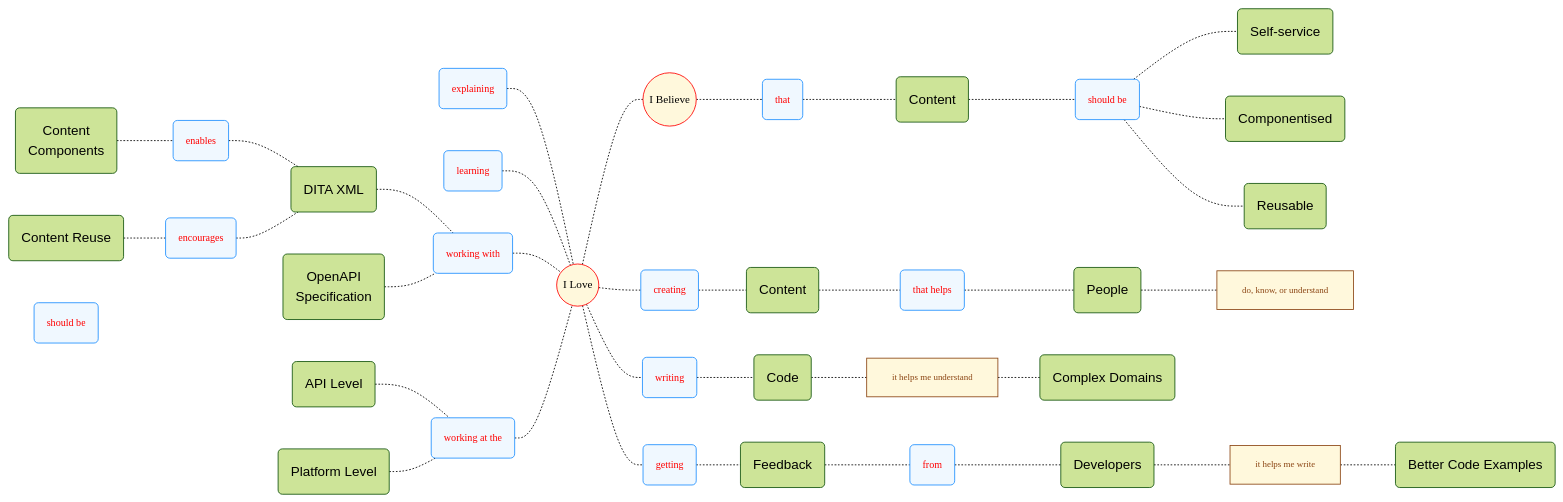
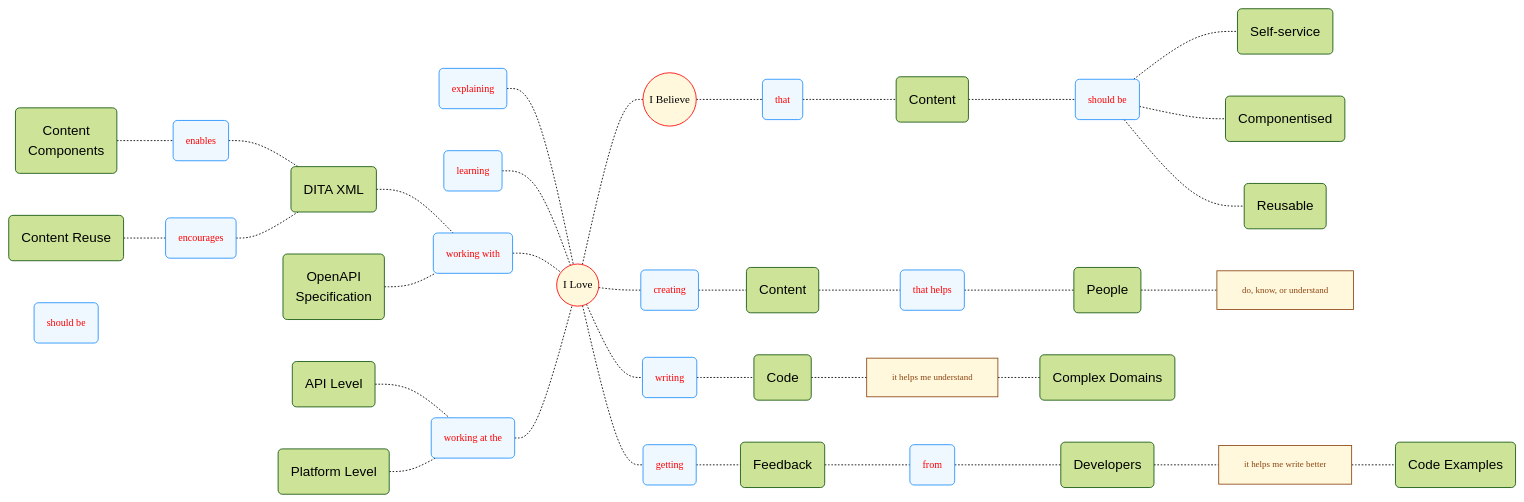
The diagram in my_mindmap.md (joe-dorward/samples), drawn with Mermaid before and after one commit.

```diff
--- a/my_mindmap.md
+++ b/my_mindmap.md
@@ -14,7 +14,7 @@
 
 CODE("Code")
 DITA_XML("DITA XML")
-BETTER_CODE_EXAMPLES("Better Code Examples")
+CODE_EXAMPLES("Code Examples")
 
 SELF_SERVICE("Self-service")
 COMPONENTISED("Componentised")
@@ -66,10 +66,10 @@
 DO_KNOW_UNDERSTAND["do, know, or understand"]
 HELPS_ME_UNDERSTAND["it helps me understand"]
 
-HELPS_ME_WRITE[it helps me write]
+HELPS_ME_WRITE_BETTER[it helps me write better]
 
 
-class DO_KNOW_UNDERSTAND,HELPS_ME_UNDERSTAND,HELPS_ME_WRITE Note;
+class DO_KNOW_UNDERSTAND,HELPS_ME_UNDERSTAND,HELPS_ME_WRITE_BETTER Note;
 %% CONNECTING ==========
 
 EXPLAINING-.-I_LOVE
@@ -93,7 +93,7 @@
 
 I_LOVE-.-WRITING-.-CODE-.-HELPS_ME_UNDERSTAND-.-COMPLEX_DOMAINS
 
-I_LOVE-.-GETTING-.-FEEDBACK-.-FROM-.-DEVELOPERS-.-HELPS_ME_WRITE-.-BETTER_CODE_EXAMPLES
+I_LOVE-.-GETTING-.-FEEDBACK-.-FROM-.-DEVELOPERS-.-HELPS_ME_WRITE_BETTER-.-CODE_EXAMPLES
 
 I_LOVE-.-I_BELIEVE
 
```
